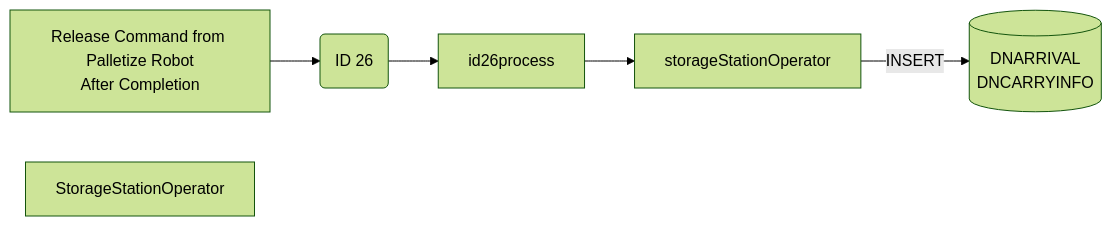
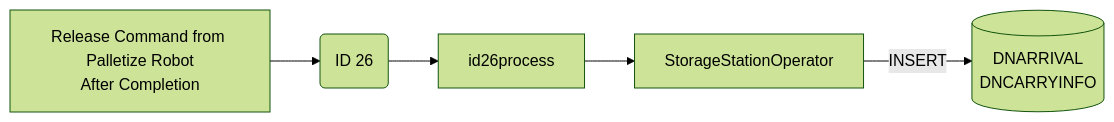
The second of 23 diagrams in Basic-Design/DFD-WMS/Storage/Palletizing-Settting/Palletize-Start.md (luthfiadityaa/SimeDarby-Wiki), drawn with Mermaid (forest theme) before and after one commit. The commit also changed other lines of this file, not shown here.

```diff
--- a/Basic-Design/DFD-WMS/Storage/Palletizing-Settting/Palletize-Start.md
+++ b/Basic-Design/DFD-WMS/Storage/Palletizing-Settting/Palletize-Start.md
@@ -246,22 +246,22 @@
 ::: mermaid
 flowchart LR
 
 releaseCommand["
 Release Command from Palletize Robot
 After Completion 
 "]
 
 id26msg("
 ID 26
 ")
 
 id26-insert[("
 DNARRIVAL
 DNCARRYINFO
 ")]
 
-inoutstationoperator[StorageStationOperator]
+storageStationOperator[StorageStationOperator]
 
 releaseCommand-->id26msg-->id26process-->storageStationOperator
 storageStationOperator--> |INSERT| id26-insert
 :::
```
